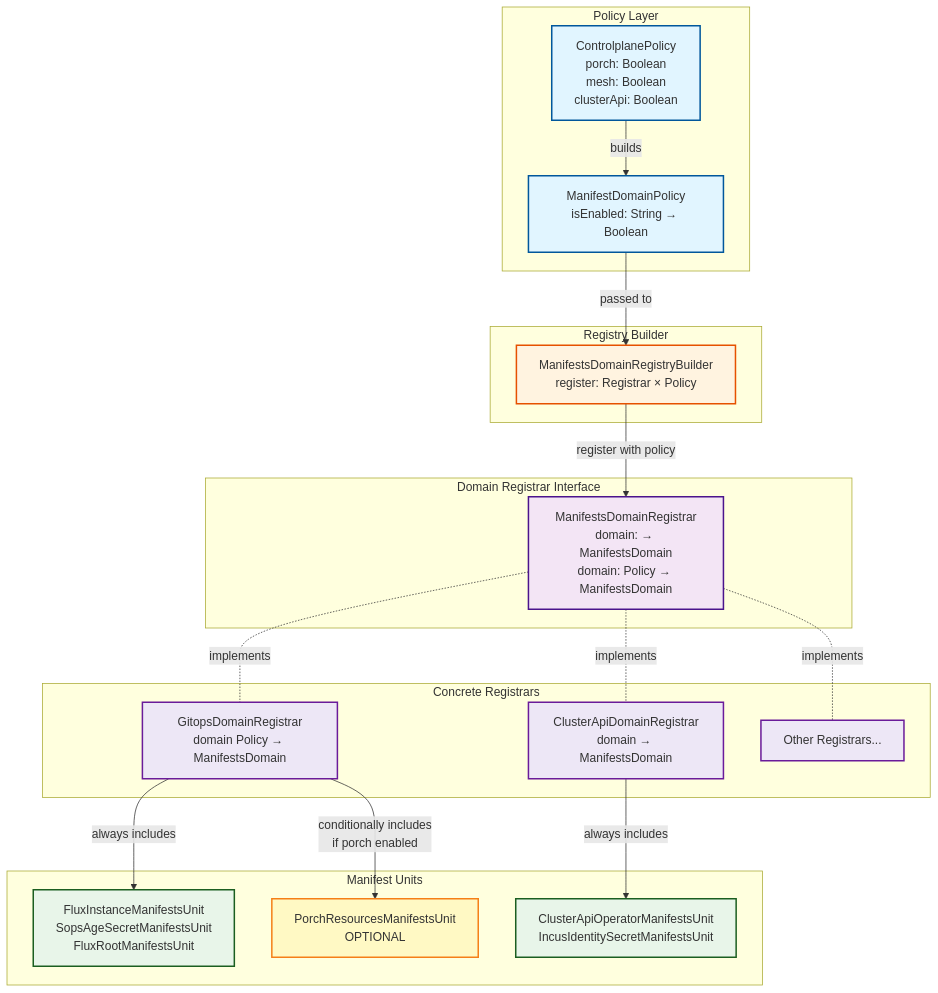
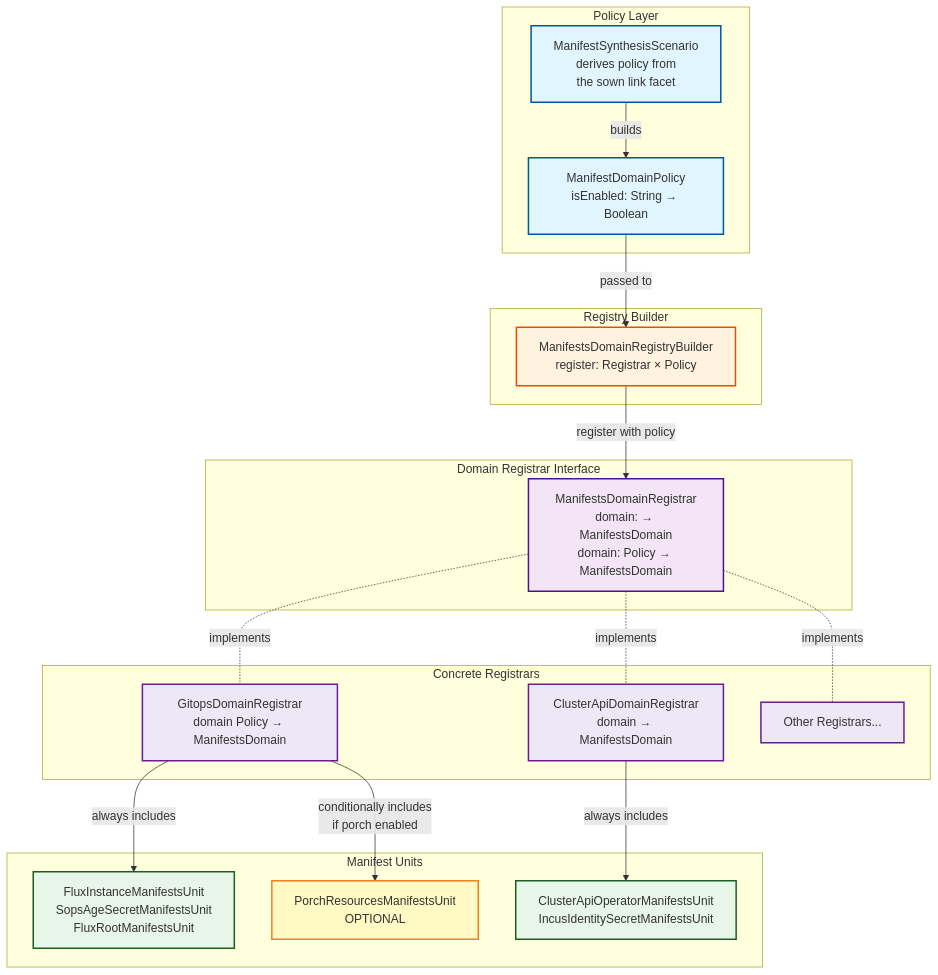
One commit to nxmatic/rke2lab changed the second of 4 diagrams in docs/architecture/manifests/manifest-conditional-inclusion.adoc. Above: the diagram before and after it, drawn with Mermaid. The commit also changed other lines of this file and 18 other files, not shown here.

```diff
--- a/docs/architecture/manifests/manifest-conditional-inclusion.adoc
+++ b/docs/architecture/manifests/manifest-conditional-inclusion.adoc
@@ -121,53 +121,53 @@
 [mermaid]
 ----
 graph TB
     subgraph "Policy Layer"
         MDP[ManifestDomainPolicy<br/>isEnabled: String → Boolean]
-        CP[ControlplanePolicy<br/>porch: Boolean<br/>mesh: Boolean<br/>clusterApi: Boolean]
+        CP[ManifestSynthesisScenario<br/>derives policy from<br/>the sown link facet]
     end
 
     subgraph "Registry Builder"
         LDRB[ManifestsDomainRegistryBuilder<br/>register: Registrar × Policy]
     end
 
     subgraph "Domain Registrar Interface"
         LDR[ManifestsDomainRegistrar<br/>domain: → ManifestsDomain<br/>domain: Policy → ManifestsDomain]
     end
 
     subgraph "Concrete Registrars"
         GDR[GitopsDomainRegistrar<br/>domain Policy → ManifestsDomain]
         CDR[ClusterApiDomainRegistrar<br/>domain → ManifestsDomain]
         OTHER[Other Registrars...]
     end
 
     subgraph "Manifest Units"
         FLUX[FluxInstanceManifestsUnit<br/>SopsAgeSecretManifestsUnit<br/>FluxRootManifestsUnit]
         PORCH[PorchResourcesManifestsUnit<br/>OPTIONAL]
         CAPI[ClusterApiOperatorManifestsUnit<br/>IncusIdentitySecretManifestsUnit]
     end
 
     CP -->|builds| MDP
     MDP -->|passed to| LDRB
     LDRB -->|register with policy| LDR
     LDR -.implements.- GDR
     LDR -.implements.- CDR
     LDR -.implements.- OTHER
 
     GDR -->|always includes| FLUX
     GDR -->|conditionally includes<br/>if porch enabled| PORCH
     CDR -->|always includes| CAPI
 
     classDef policyClass fill:#e1f5ff,stroke:#01579b,stroke-width:2px
     classDef builderClass fill:#fff3e0,stroke:#e65100,stroke-width:2px
     classDef interfaceClass fill:#f3e5f5,stroke:#4a148c,stroke-width:2px
     classDef concreteClass fill:#ede7f6,stroke:#6a1b9a,stroke-width:2px
     classDef mandatoryUnit fill:#e8f5e9,stroke:#1b5e20,stroke-width:2px
     classDef optionalUnit fill:#fff9c4,stroke:#f57f17,stroke-width:2px
 
     class MDP,CP policyClass
     class LDRB builderClass
     class LDR interfaceClass
     class GDR,CDR,OTHER concreteClass
     class FLUX,CAPI mandatoryUnit
     class PORCH optionalUnit
 ----
```
